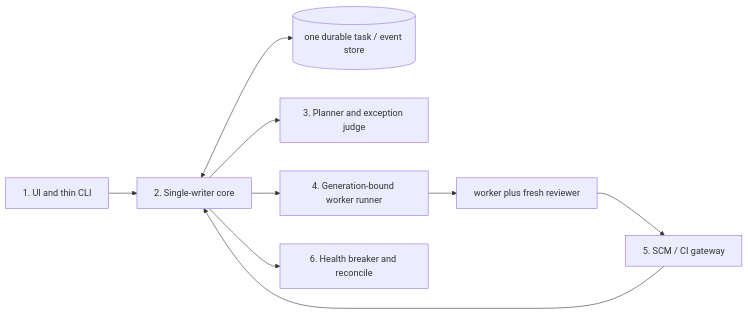
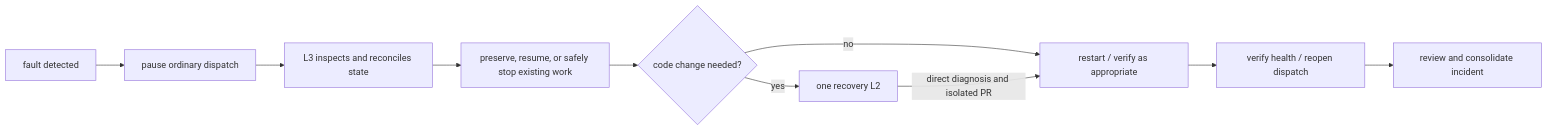
One commit to mburakyucel/altitude changed the fourth of 4 diagrams in docs/ARCHITECTURE.md. Above: the diagram before and after it, drawn with Mermaid. The commit also changed other lines of this file and 2 other files, not shown here.

Commit message:
docs: align architecture with flexible agent ownership

````diff
--- a/docs/ARCHITECTURE.md
+++ b/docs/ARCHITECTURE.md
@@ -102,11 +231,12 @@
 ```mermaid
 flowchart LR
-    U[1. UI and thin CLI] --> C[2. Single-writer core]
-    C <--> DB[(one durable task / event store)]
-    C --> J[3. Planner and exception judge]
-    C --> R[4. Generation-bound worker runner]
-    R --> W[worker plus fresh reviewer]
-    W --> G[5. SCM / CI gateway]
-    G --> C
-    C --> H[6. Health breaker and reconcile]
+    F[fault detected] --> P[pause ordinary dispatch]
+    P --> R[L3 inspects and reconciles state]
+    R --> S[preserve, resume, or safely stop existing work]
+    S --> Q{code change needed?}
+    Q -->|no| V[restart / verify as appropriate]
+    Q -->|yes| L2[one recovery L2]
+    L2 -->|direct diagnosis and isolated PR| V
+    V --> H[verify health / reopen dispatch]
+    H --> I[review and consolidate incident]
 ```
````
